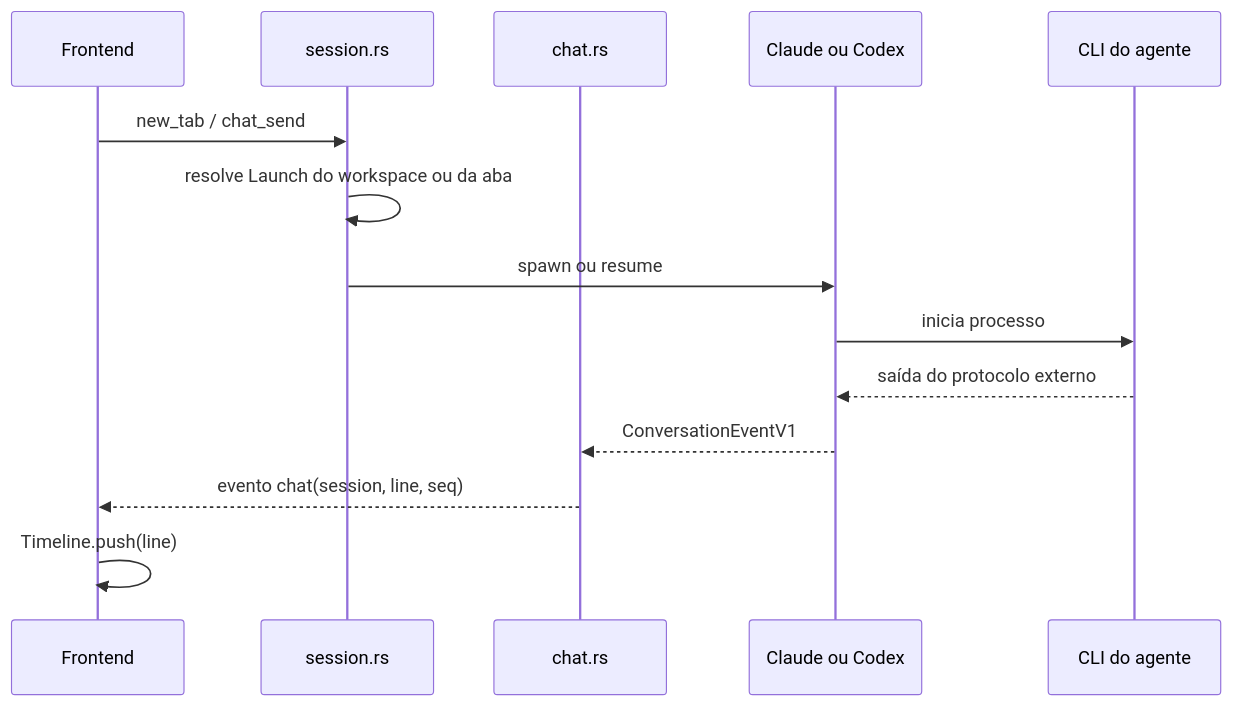
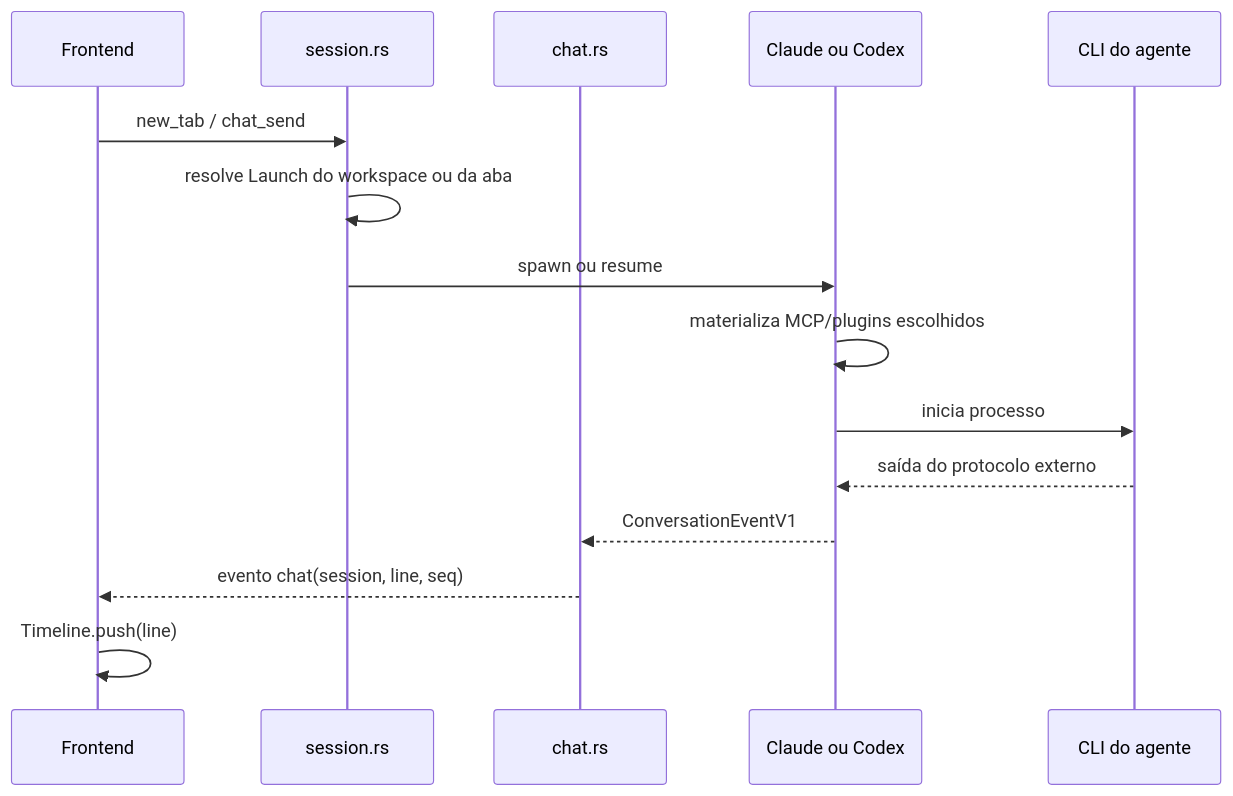
Before and after one commit to JabsRafael/prometeu: the diagram in docs/architecture/conversation-flow.md, drawn with Mermaid. The commit also changed other lines of this file and 21 other files, not shown here.

````diff
--- a/docs/architecture/conversation-flow.md
+++ b/docs/architecture/conversation-flow.md
@@ -13,17 +13,18 @@
 ```mermaid
 sequenceDiagram
     participant UI as Frontend
     participant Session as session.rs
     participant Chat as chat.rs
     participant Adapter as Claude ou Codex
     participant Agent as CLI do agente
 
     UI->>Session: new_tab / chat_send
     Session->>Session: resolve Launch do workspace ou da aba
     Session->>Adapter: spawn ou resume
+    Adapter->>Adapter: materializa MCP/plugins escolhidos
     Adapter->>Agent: inicia processo
     Agent-->>Adapter: saída do protocolo externo
     Adapter-->>Chat: ConversationEventV1
     Chat-->>UI: evento chat(session, line, seq)
     UI->>UI: Timeline.push(line)
 ```
````
